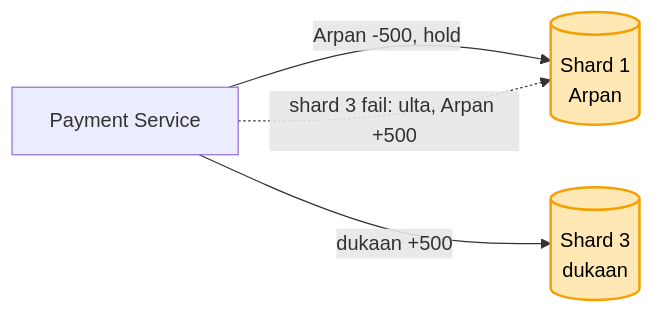
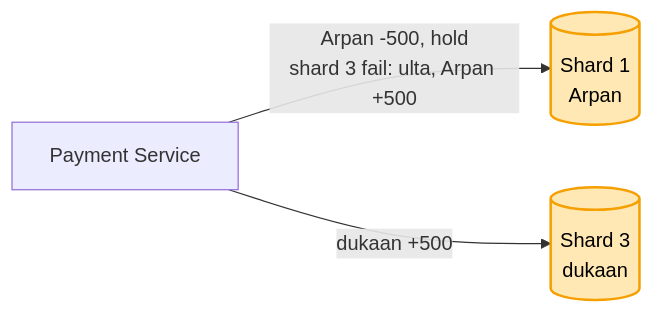
The sixth of 6 diagrams in 04_HLD/SYSTEM_DESIGNS/06_payment_system/06_payment_system.md (ArpanMaheshwari144/Prep), drawn with Mermaid before and after one commit. The commit also changed 2 other files, not shown here.

Commit message:
HLD diagram: saare 112 dark me dekhe; payment shard ek teer, cache 2 label toot theek, rate limiter home region TB

````diff
--- a/04_HLD/SYSTEM_DESIGNS/06_payment_system/06_payment_system.md
+++ b/04_HLD/SYSTEM_DESIGNS/06_payment_system/06_payment_system.md
@@ -269,8 +269,7 @@
 ```mermaid
 flowchart LR
-    S["Payment Service"] -- "Arpan -500, hold" --> S1[("Shard 1<br/>Arpan")]
+    S["Payment Service"] -- "Arpan -500, hold<br/>shard 3 fail: ulta, Arpan +500" --> S1[("Shard 1<br/>Arpan")]
     S -- "dukaan +500" --> S3[("Shard 3<br/>dukaan")]
-    S -. "shard 3 fail: ulta, Arpan +500" .-> S1
     style S1 fill:#ffe8b3,stroke:#f59f00,stroke-width:2px,color:#000
     style S3 fill:#ffe8b3,stroke:#f59f00,stroke-width:2px,color:#000
 ```
````
